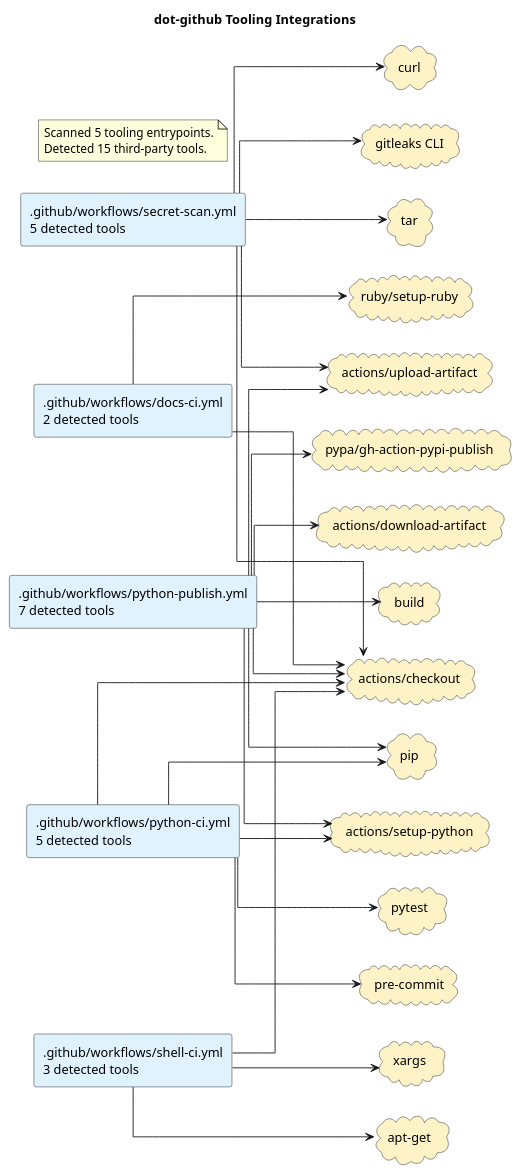
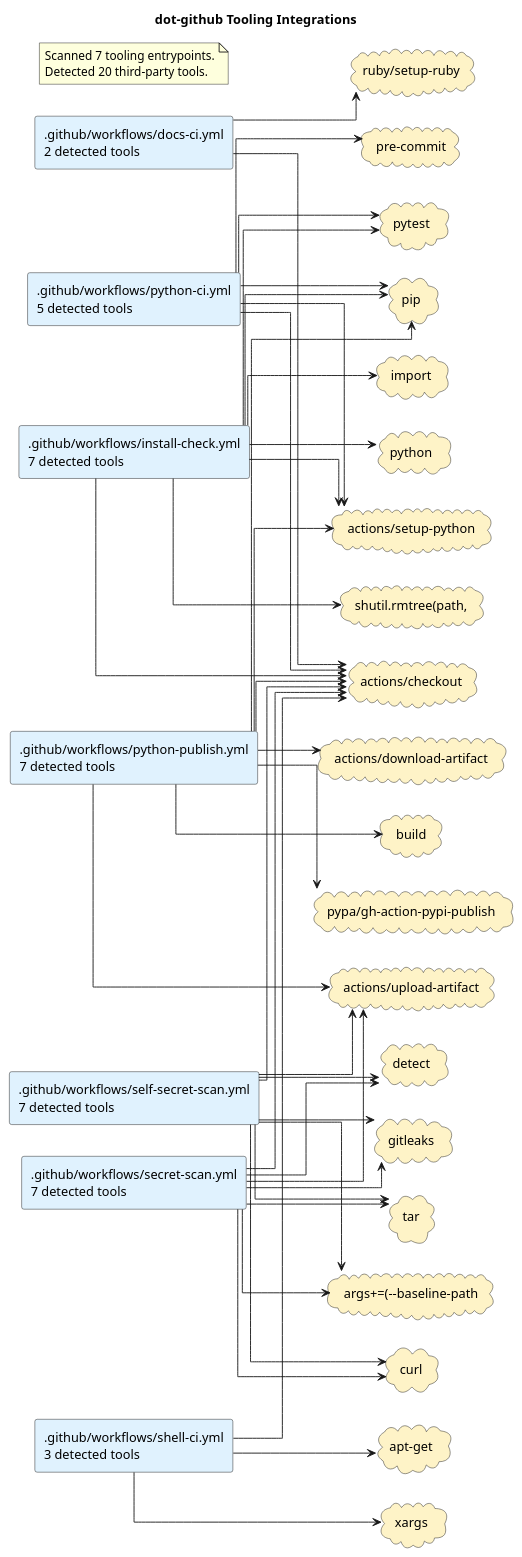
The diagram in docs/diagrams/tooling-integrations.puml (casonk/.github), drawn with PlantUML before and after one commit. The commit also changed 11 other files, not shown here.

Commit message:
docs: refresh architecture diagrams (#22)

```diff
--- a/docs/diagrams/tooling-integrations.puml
+++ b/docs/diagrams/tooling-integrations.puml
@@ -1,54 +1,77 @@
 @startuml
 title dot-github Tooling Integrations
 left to right direction
 skinparam shadowing false
 skinparam defaultFontName Monospace
 skinparam componentStyle rectangle
 skinparam linetype ortho
 rectangle ".github/workflows/docs-ci.yml\n2 detected tools" as source_github_workflows_docs_ci_yml #E0F2FE
+rectangle ".github/workflows/install-check.yml\n7 detected tools" as source_github_workflows_install_check_yml #E0F2FE
 rectangle ".github/workflows/python-ci.yml\n5 detected tools" as source_github_workflows_python_ci_yml #E0F2FE
 rectangle ".github/workflows/python-publish.yml\n7 detected tools" as source_github_workflows_python_publish_yml #E0F2FE
-rectangle ".github/workflows/secret-scan.yml\n5 detected tools" as source_github_workflows_secret_scan_yml #E0F2FE
+rectangle ".github/workflows/secret-scan.yml\n7 detected tools" as source_github_workflows_secret_scan_yml #E0F2FE
+rectangle ".github/workflows/self-secret-scan.yml\n7 detected tools" as source_github_workflows_self_secret_scan_yml #E0F2FE
 rectangle ".github/workflows/shell-ci.yml\n3 detected tools" as source_github_workflows_shell_ci_yml #E0F2FE
 cloud "actions/checkout" as tool_actions_checkout #FEF3C7
 cloud "actions/download-artifact" as tool_actions_download_artifact #FEF3C7
 cloud "actions/setup-python" as tool_actions_setup_python #FEF3C7
 cloud "actions/upload-artifact" as tool_actions_upload_artifact #FEF3C7
 cloud "apt-get" as tool_apt_get #FEF3C7
+cloud "args+=(--baseline-path" as tool_args_baseline_path #FEF3C7
 cloud "build" as tool_build #FEF3C7
 cloud "curl" as tool_curl #FEF3C7
-cloud "gitleaks CLI" as tool_gitleaks_cli #FEF3C7
+cloud "detect" as tool_detect #FEF3C7
+cloud "gitleaks" as tool_gitleaks #FEF3C7
+cloud "import" as tool_import #FEF3C7
 cloud "pip" as tool_pip #FEF3C7
 cloud "pre-commit" as tool_pre_commit #FEF3C7
 cloud "pypa/gh-action-pypi-publish" as tool_pypa_gh_action_pypi_publish #FEF3C7
 cloud "pytest" as tool_pytest #FEF3C7
+cloud "python" as tool_python #FEF3C7
 cloud "ruby/setup-ruby" as tool_ruby_setup_ruby #FEF3C7
+cloud "shutil.rmtree(path," as tool_shutil_rmtree_path #FEF3C7
 cloud "tar" as tool_tar #FEF3C7
 cloud "xargs" as tool_xargs #FEF3C7
 source_github_workflows_docs_ci_yml --> tool_actions_checkout
 source_github_workflows_docs_ci_yml --> tool_ruby_setup_ruby
+source_github_workflows_install_check_yml --> tool_actions_checkout
+source_github_workflows_install_check_yml --> tool_actions_setup_python
+source_github_workflows_install_check_yml --> tool_import
+source_github_workflows_install_check_yml --> tool_pip
+source_github_workflows_install_check_yml --> tool_pytest
+source_github_workflows_install_check_yml --> tool_python
+source_github_workflows_install_check_yml --> tool_shutil_rmtree_path
 source_github_workflows_python_ci_yml --> tool_actions_checkout
 source_github_workflows_python_ci_yml --> tool_actions_setup_python
 source_github_workflows_python_ci_yml --> tool_pip
 source_github_workflows_python_ci_yml --> tool_pre_commit
 source_github_workflows_python_ci_yml --> tool_pytest
 source_github_workflows_python_publish_yml --> tool_actions_checkout
 source_github_workflows_python_publish_yml --> tool_actions_download_artifact
 source_github_workflows_python_publish_yml --> tool_actions_setup_python
 source_github_workflows_python_publish_yml --> tool_actions_upload_artifact
 source_github_workflows_python_publish_yml --> tool_build
 source_github_workflows_python_publish_yml --> tool_pip
 source_github_workflows_python_publish_yml --> tool_pypa_gh_action_pypi_publish
 source_github_workflows_secret_scan_yml --> tool_actions_checkout
 source_github_workflows_secret_scan_yml --> tool_actions_upload_artifact
+source_github_workflows_secret_scan_yml --> tool_args_baseline_path
 source_github_workflows_secret_scan_yml --> tool_curl
-source_github_workflows_secret_scan_yml --> tool_gitleaks_cli
+source_github_workflows_secret_scan_yml --> tool_detect
+source_github_workflows_secret_scan_yml --> tool_gitleaks
 source_github_workflows_secret_scan_yml --> tool_tar
+source_github_workflows_self_secret_scan_yml --> tool_actions_checkout
+source_github_workflows_self_secret_scan_yml --> tool_actions_upload_artifact
+source_github_workflows_self_secret_scan_yml --> tool_args_baseline_path
+source_github_workflows_self_secret_scan_yml --> tool_curl
+source_github_workflows_self_secret_scan_yml --> tool_detect
+source_github_workflows_self_secret_scan_yml --> tool_gitleaks
+source_github_workflows_self_secret_scan_yml --> tool_tar
 source_github_workflows_shell_ci_yml --> tool_actions_checkout
 source_github_workflows_shell_ci_yml --> tool_apt_get
 source_github_workflows_shell_ci_yml --> tool_xargs
 note as toolingGraphSummary
-Scanned 5 tooling entrypoints.
-Detected 15 third-party tools.
+Scanned 7 tooling entrypoints.
+Detected 20 third-party tools.
 end note
 @enduml
```
